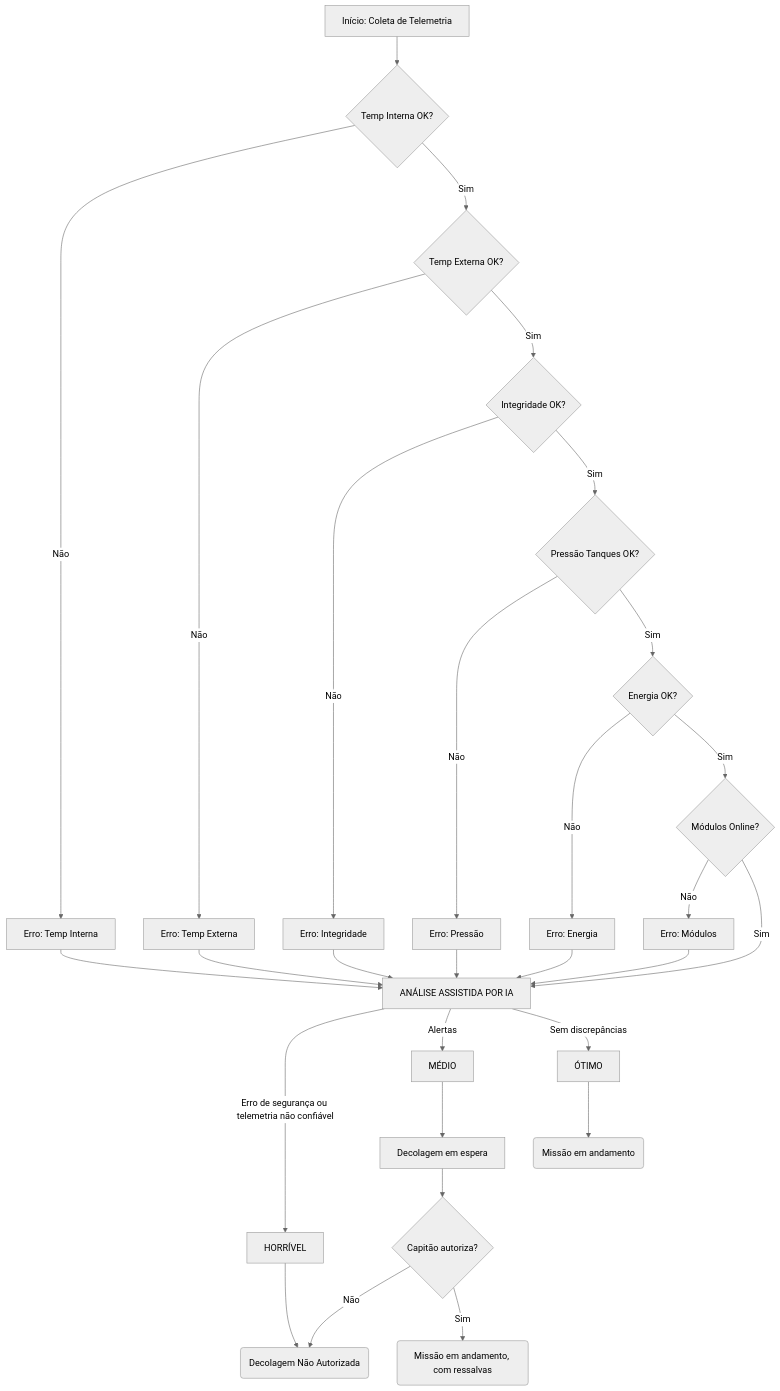
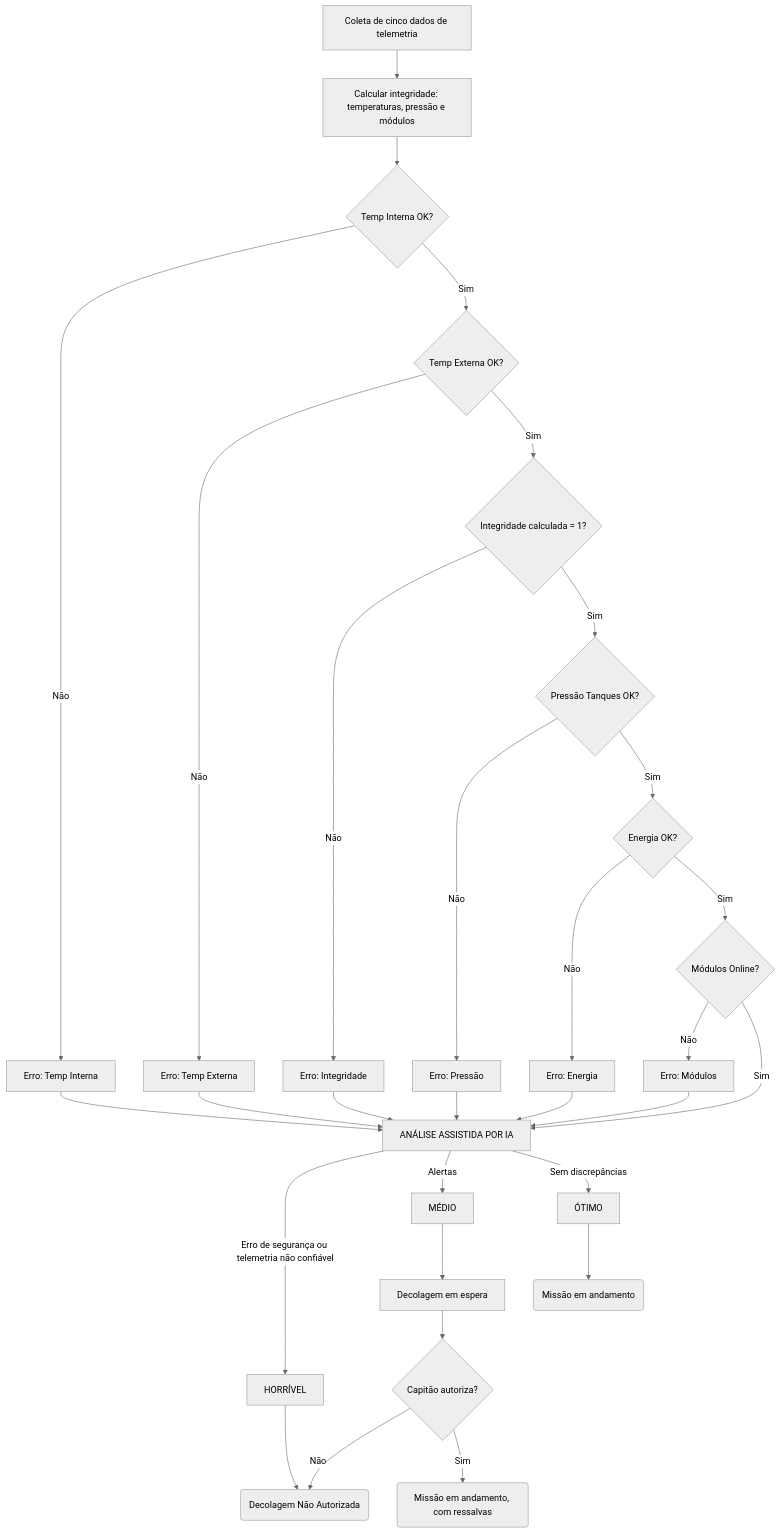
Before and after one commit to MRC888/Aurora-PBL-FIAP: the diagram in README.md, drawn with Mermaid (neutral theme). The commit also changed other lines of this file and 28 other files, not shown here.

````diff
--- a/README.md
+++ b/README.md
@@ -104,40 +122,41 @@
 ```mermaid
 graph TD
-    A[Início: Coleta de Telemetria] --> B{Temp Interna OK?}
+    A[Coleta de cinco dados de telemetria] --> AUTO[Calcular integridade: temperaturas, pressão e módulos]
+    AUTO --> B{Temp Interna OK?}
 
     B -- Não --> C[Erro: Temp Interna]
     B -- Sim --> D{Temp Externa OK?}
 
     D -- Não --> F[Erro: Temp Externa]
-    D -- Sim --> G{Integridade OK?}
+    D -- Sim --> G{Integridade calculada = 1?}
 
     G -- Não --> H[Erro: Integridade]
     G -- Sim --> I{Pressão Tanques OK?}
 
     I -- Não --> J[Erro: Pressão]
     I -- Sim --> K{Energia OK?}
 
     K -- Não --> L[Erro: Energia]
     K -- Sim --> M{Módulos Online?}
 
     M -- Não --> N[Erro: Módulos]
     M -- Sim --> IA[ANÁLISE ASSISTIDA POR IA]
 
     C --> IA
     F --> IA
     H --> IA
     J --> IA
     L --> IA
     N --> IA
 
     IA -- Erro de segurança ou telemetria não confiável --> P1[HORRÍVEL]
     IA -- Alertas --> P2[MÉDIO]
     IA -- Sem discrepâncias --> P3[ÓTIMO]
 
     P1 --> E(Decolagem Não Autorizada)
     P2 --> Q[Decolagem em espera]
     Q --> CAP{Capitão autoriza?}
     CAP -- Não --> E
     CAP -- Sim --> R2(Missão em andamento, com ressalvas)
     P3 --> R3(Missão em andamento)
 ```
````
